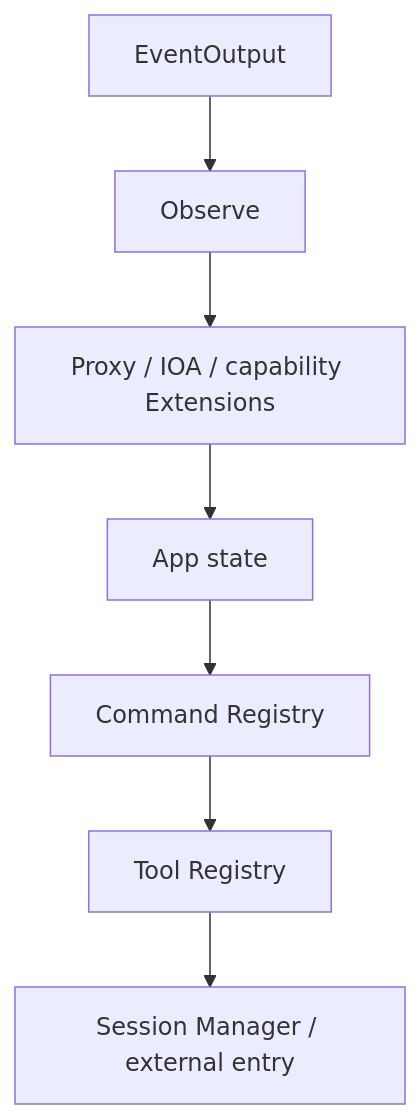
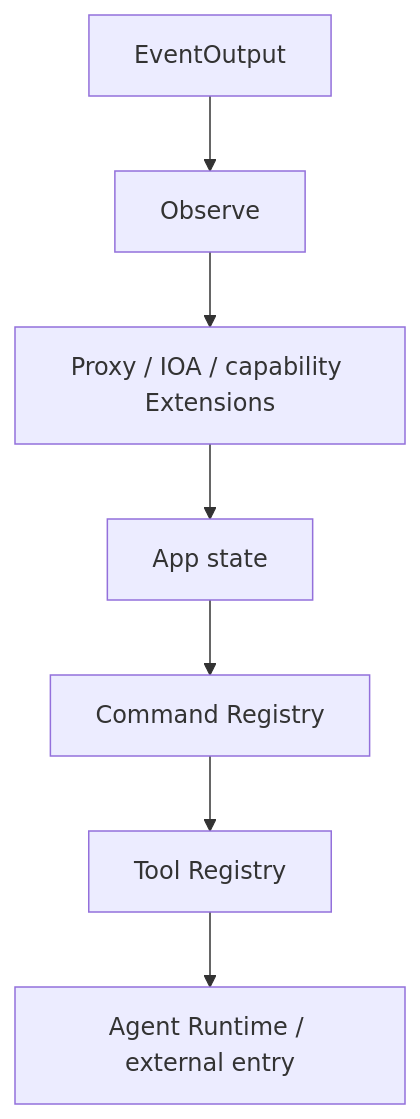
One commit to Go-Time/aiscan changed the diagram in docs/architecture.md. Above: the diagram before and after it, drawn with Mermaid. The commit also changed other lines of this file and 142 other files, not shown here.

Commit message:
refactor(harness): unify agent session ownership and extension declarations

````diff
--- a/docs/architecture.md
+++ b/docs/architecture.md
@@ -12,11 +13,11 @@
 ```mermaid
 flowchart TB
     OUTPUT[EventOutput]
     OBSERVE[Observe]
     RESOURCES[Proxy / IOA / capability Extensions]
     APP[App state]
     COMMANDS[Command Registry]
     TOOLS[Tool Registry]
-    SESSION[Session Manager / external entry]
-    OUTPUT --> OBSERVE --> RESOURCES --> APP --> COMMANDS --> TOOLS --> SESSION
+    AGENT[Agent Runtime / external entry]
+    OUTPUT --> OBSERVE --> RESOURCES --> APP --> COMMANDS --> TOOLS --> AGENT
 ```
````
